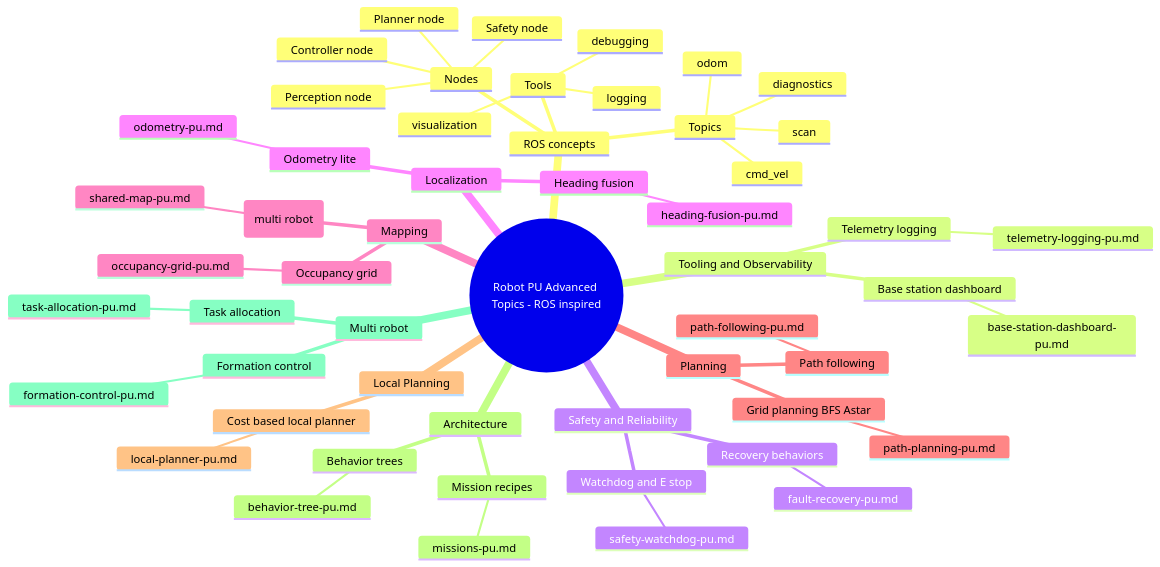
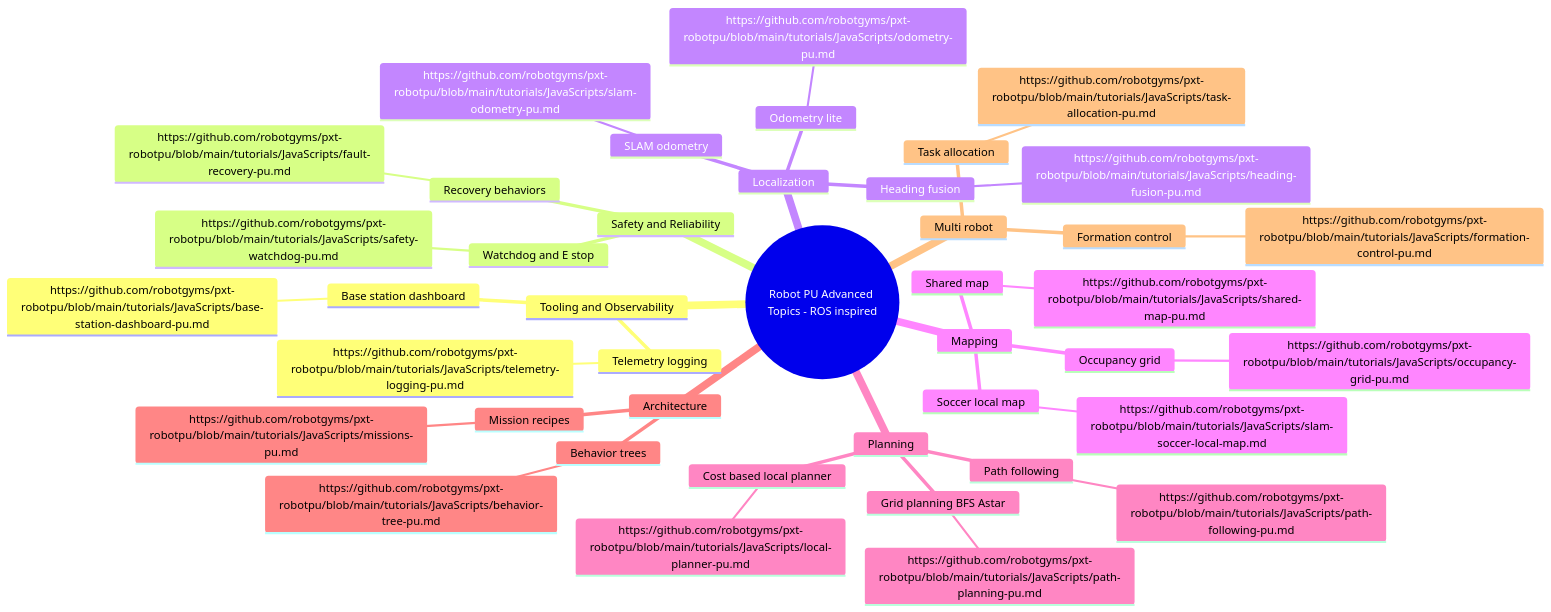
Before and after one commit to robotgyms/pxt-robotpu: the second of 2 diagrams in tutorials/JavaScripts/README.md, drawn with Mermaid. The commit also changed other lines of this file and 4 other files, not shown here.

Commit message:
added local-map tutorial

````diff
--- a/tutorials/JavaScripts/README.md
+++ b/tutorials/JavaScripts/README.md
@@ -100,57 +119,45 @@
 ```mermaid
 mindmap
   root((Robot PU Advanced Topics - ROS inspired))
-    ROS concepts
-      Nodes
-        Perception node
-        Planner node
-        Controller node
-        Safety node
-      Topics
-        odom
-        scan
-        cmd_vel
-        diagnostics
-      Tools
-        visualization
-        logging
-        debugging
     Tooling and Observability
       Telemetry logging
-        telemetry-logging-pu.md
+        https://github.com/robotgyms/pxt-robotpu/blob/main/tutorials/JavaScripts/telemetry-logging-pu.md
       Base station dashboard
-        base-station-dashboard-pu.md
+        https://github.com/robotgyms/pxt-robotpu/blob/main/tutorials/JavaScripts/base-station-dashboard-pu.md
     Safety and Reliability
       Watchdog and E stop
-        safety-watchdog-pu.md
+        https://github.com/robotgyms/pxt-robotpu/blob/main/tutorials/JavaScripts/safety-watchdog-pu.md
       Recovery behaviors
-        fault-recovery-pu.md
+        https://github.com/robotgyms/pxt-robotpu/blob/main/tutorials/JavaScripts/fault-recovery-pu.md
     Localization
       Odometry lite
-        odometry-pu.md
+        https://github.com/robotgyms/pxt-robotpu/blob/main/tutorials/JavaScripts/odometry-pu.md
       Heading fusion
-        heading-fusion-pu.md
+        https://github.com/robotgyms/pxt-robotpu/blob/main/tutorials/JavaScripts/heading-fusion-pu.md
+      SLAM odometry
+        https://github.com/robotgyms/pxt-robotpu/blob/main/tutorials/JavaScripts/slam-odometry-pu.md
     Mapping
       Occupancy grid
-        occupancy-grid-pu.md
-      Shared map (multi robot)
-        shared-map-pu.md
+        https://github.com/robotgyms/pxt-robotpu/blob/main/tutorials/JavaScripts/occupancy-grid-pu.md
+      Shared map
+        https://github.com/robotgyms/pxt-robotpu/blob/main/tutorials/JavaScripts/shared-map-pu.md
+      Soccer local map
+        https://github.com/robotgyms/pxt-robotpu/blob/main/tutorials/JavaScripts/slam-soccer-local-map.md
     Planning
       Grid planning BFS Astar
-        path-planning-pu.md
+        https://github.com/robotgyms/pxt-robotpu/blob/main/tutorials/JavaScripts/path-planning-pu.md
       Path following
-        path-following-pu.md
-    Local Planning
+        https://github.com/robotgyms/pxt-robotpu/blob/main/tutorials/JavaScripts/path-following-pu.md
       Cost based local planner
-        local-planner-pu.md
+        https://github.com/robotgyms/pxt-robotpu/blob/main/tutorials/JavaScripts/local-planner-pu.md
     Architecture
       Behavior trees
-        behavior-tree-pu.md
+        https://github.com/robotgyms/pxt-robotpu/blob/main/tutorials/JavaScripts/behavior-tree-pu.md
       Mission recipes
-        missions-pu.md
+        https://github.com/robotgyms/pxt-robotpu/blob/main/tutorials/JavaScripts/missions-pu.md
     Multi robot
       Task allocation
-        task-allocation-pu.md
+        https://github.com/robotgyms/pxt-robotpu/blob/main/tutorials/JavaScripts/task-allocation-pu.md
       Formation control
-        formation-control-pu.md
+        https://github.com/robotgyms/pxt-robotpu/blob/main/tutorials/JavaScripts/formation-control-pu.md
 ```
````
